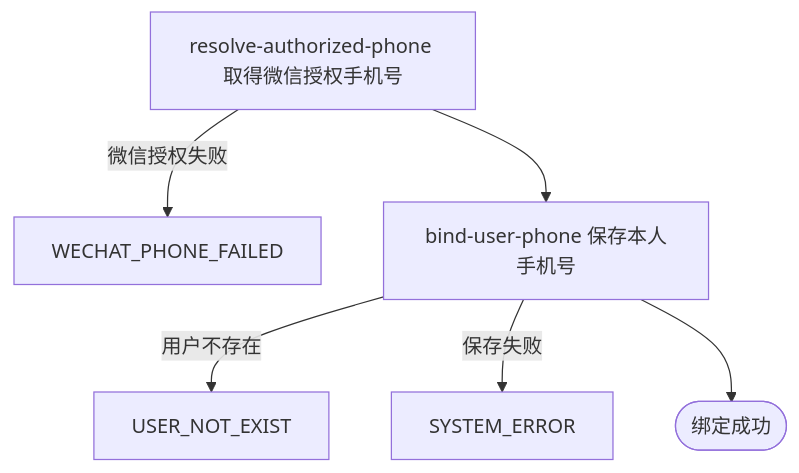
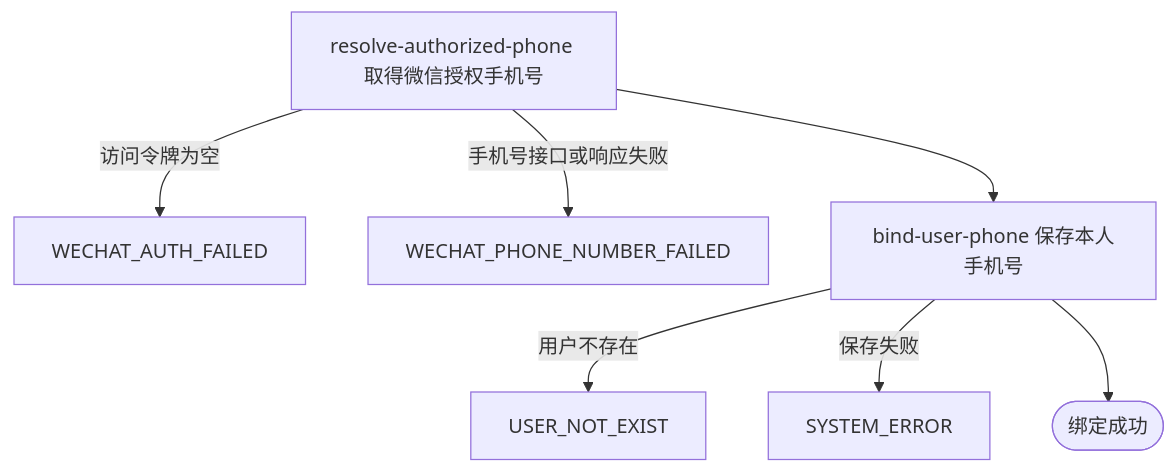
Before and after one commit to chxt100016/Rally: the diagram in blueprint/spec/identity-account/phone-binding/bind-wechat-phone.md, drawn with Mermaid. The commit also changed other lines of this file and 871 other files, not shown here.

````diff
--- a/blueprint/spec/identity-account/phone-binding/bind-wechat-phone.md
+++ b/blueprint/spec/identity-account/phone-binding/bind-wechat-phone.md
@@ -34,8 +34,9 @@
 ```mermaid
 flowchart TD
-    A[resolve-authorized-phone 取得微信授权手机号] -->|微信授权失败| E1[WECHAT_PHONE_FAILED]
+    A[resolve-authorized-phone 取得微信授权手机号] -->|访问令牌为空| E1[WECHAT_AUTH_FAILED]
+    A -->|手机号接口或响应失败| E4[WECHAT_PHONE_NUMBER_FAILED]
     A --> B[bind-user-phone 保存本人手机号]
     B -->|用户不存在| E2[USER_NOT_EXIST]
     B -->|保存失败| E3[SYSTEM_ERROR]
     B --> S([绑定成功])
 ```
````
